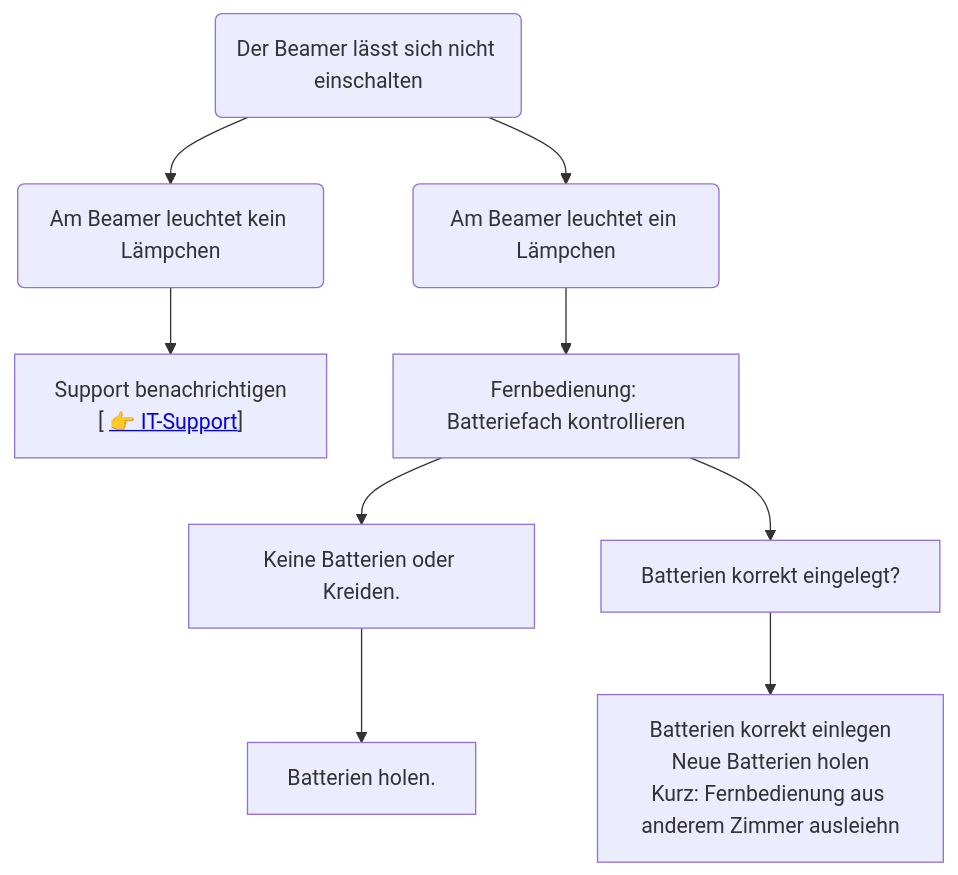
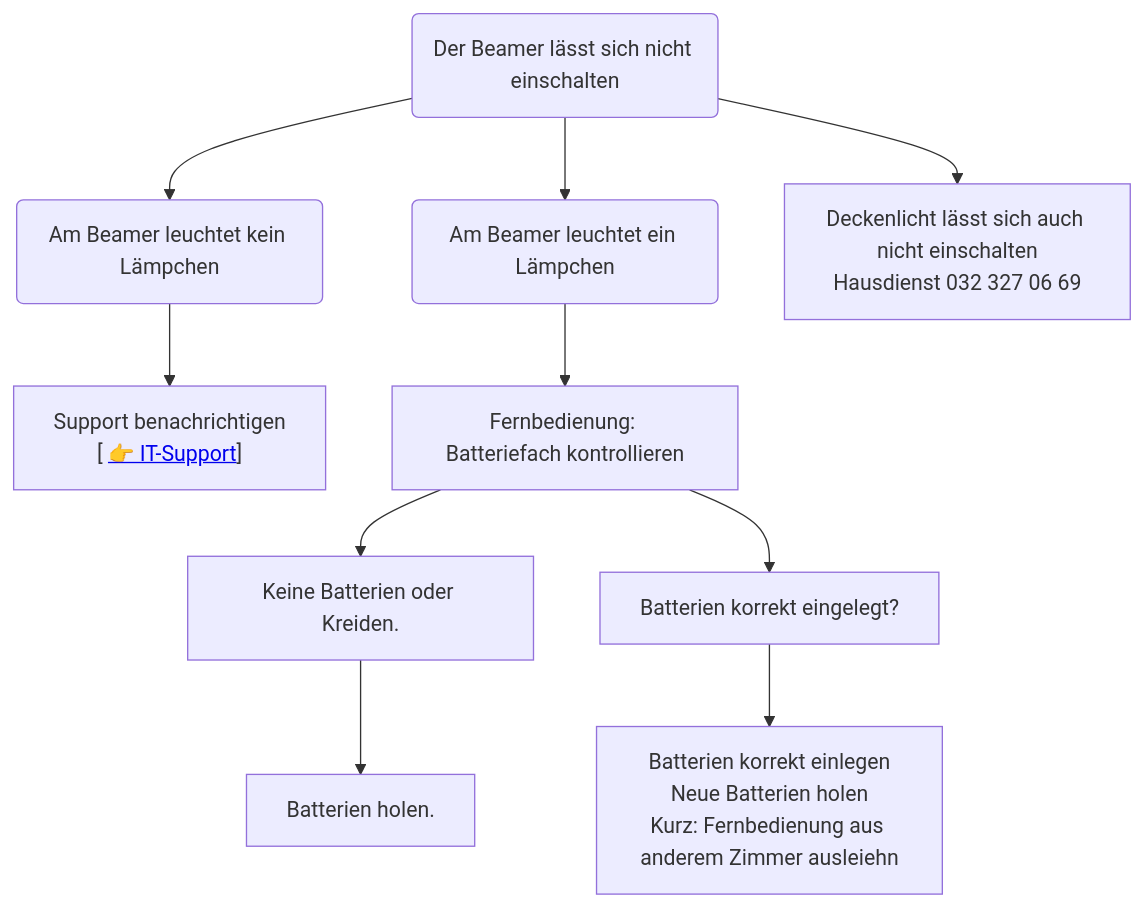
The diagram in docs/support/it-hilfe/README.md (GBSL-Informatik/ict-website), drawn with Mermaid before and after one commit.

````diff
--- a/docs/support/it-hilfe/README.md
+++ b/docs/support/it-hilfe/README.md
@@ -79,14 +79,14 @@
 ```mermaid
 flowchart TD
-    Start("Der Beamer lässt sich nicht einschalten") --> D["Am Beamer leuchtet ein Lämpchen"] & n2["Am Beamer leuchtet kein Lämpchen"]
+    Start("Der Beamer lässt sich nicht einschalten") --> D["Am Beamer leuchtet ein Lämpchen"] & n2["Am Beamer leuchtet kein Lämpchen"] & n13["Deckenlicht lässt sich auch nicht einschalten<br>Hausdienst 032 327 06 69"]
     n2 --> n6["Support benachrichtigen<br>[ <a href="https://forms.office.com/r/akUrVUFaRu" target="_blank">👉 IT-Support</a>]"]
     D --> n7["Fernbedienung: Batteriefach kontrollieren"]
     n7 --> n9["Keine Batterien oder Kreiden."] & n11["Batterien korrekt eingelegt?"]
     n9 --> n10["Batterien holen."]
     n11 --> n12["Batterien korrekt einlegen<br>Neue Batterien holen<br>Kurz: Fernbedienung aus anderem Zimmer ausleiehn"]
 
     D@{ shape: rounded}
     n2@{ shape: rounded}
 
 
 ```
````
